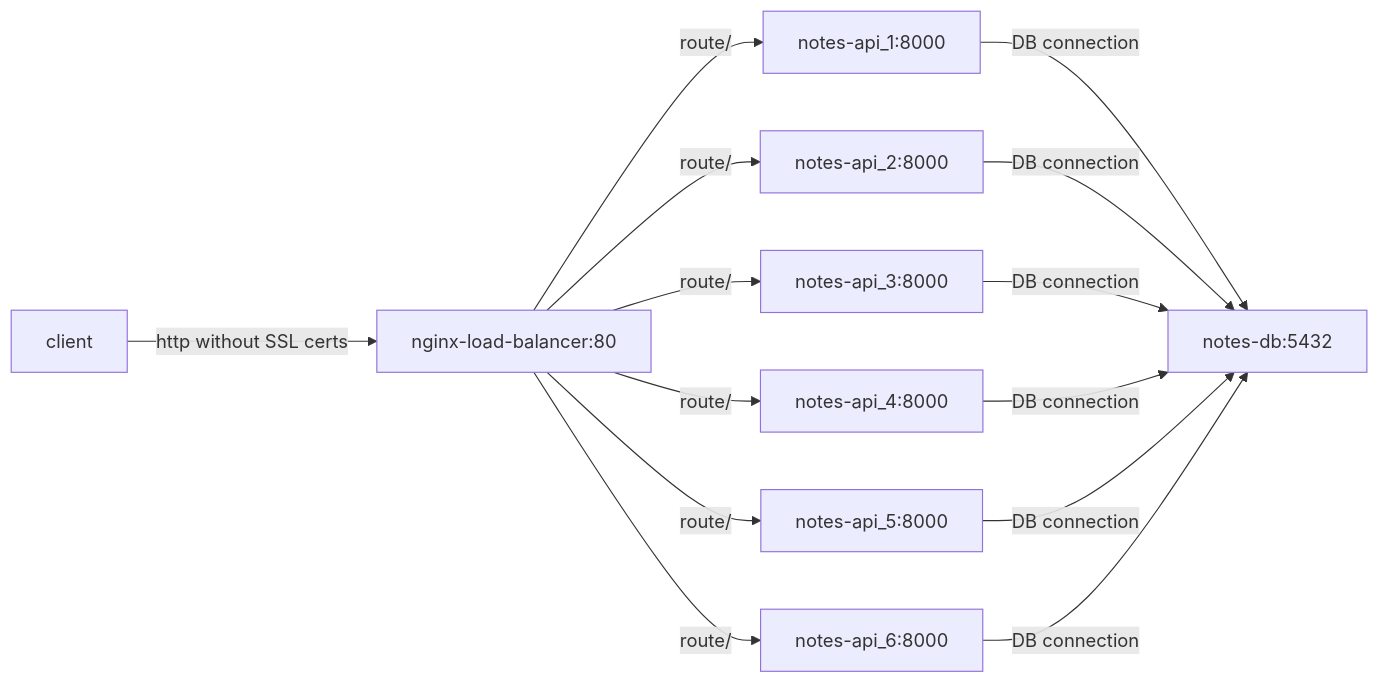
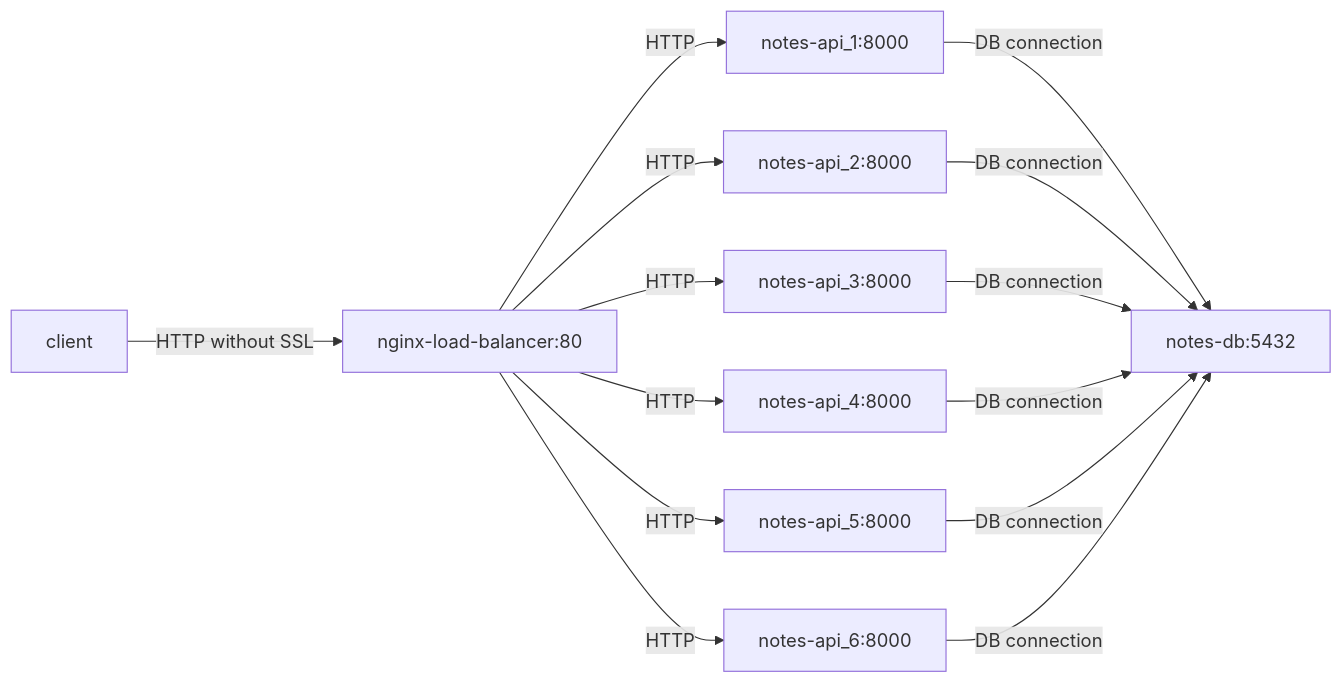
The diagram in readme.md (karthikeyanrathore/nginx-notes-test), drawn with Mermaid before and after one commit.

````diff
--- a/readme.md
+++ b/readme.md
@@ -23,18 +23,18 @@
 ```mermaid
 graph LR
 
-client -->|"http without SSL certs"| nginx-load-balancer:80 
-nginx-load-balancer:80 --> |"route/" | notes-api_1:8000
-nginx-load-balancer:80 --> |"route/" | notes-api_2:8000
-nginx-load-balancer:80 --> |"route/" | notes-api_3:8000
-nginx-load-balancer:80 --> |"route/" | notes-api_4:8000
-nginx-load-balancer:80 --> |"route/" | notes-api_5:8000
-nginx-load-balancer:80 --> |"route/" | notes-api_6:8000
+client -->|"HTTP without SSL"| nginx-load-balancer:80 
+nginx-load-balancer:80 --> |"HTTP" | notes-api_1:8000
+nginx-load-balancer:80 --> |"HTTP" | notes-api_2:8000
+nginx-load-balancer:80 --> |"HTTP" | notes-api_3:8000
+nginx-load-balancer:80 --> |"HTTP" | notes-api_4:8000
+nginx-load-balancer:80 --> |"HTTP" | notes-api_5:8000
+nginx-load-balancer:80 --> |"HTTP" | notes-api_6:8000
 
 notes-api_1:8000 --> |"DB connection" | notes-db:5432
 notes-api_2:8000 --> |"DB connection" | notes-db:5432
 notes-api_3:8000 --> |"DB connection" | notes-db:5432
 notes-api_4:8000 --> |"DB connection" | notes-db:5432
 notes-api_5:8000 --> |"DB connection" | notes-db:5432
 notes-api_6:8000 --> |"DB connection" | notes-db:5432
 ```
````
